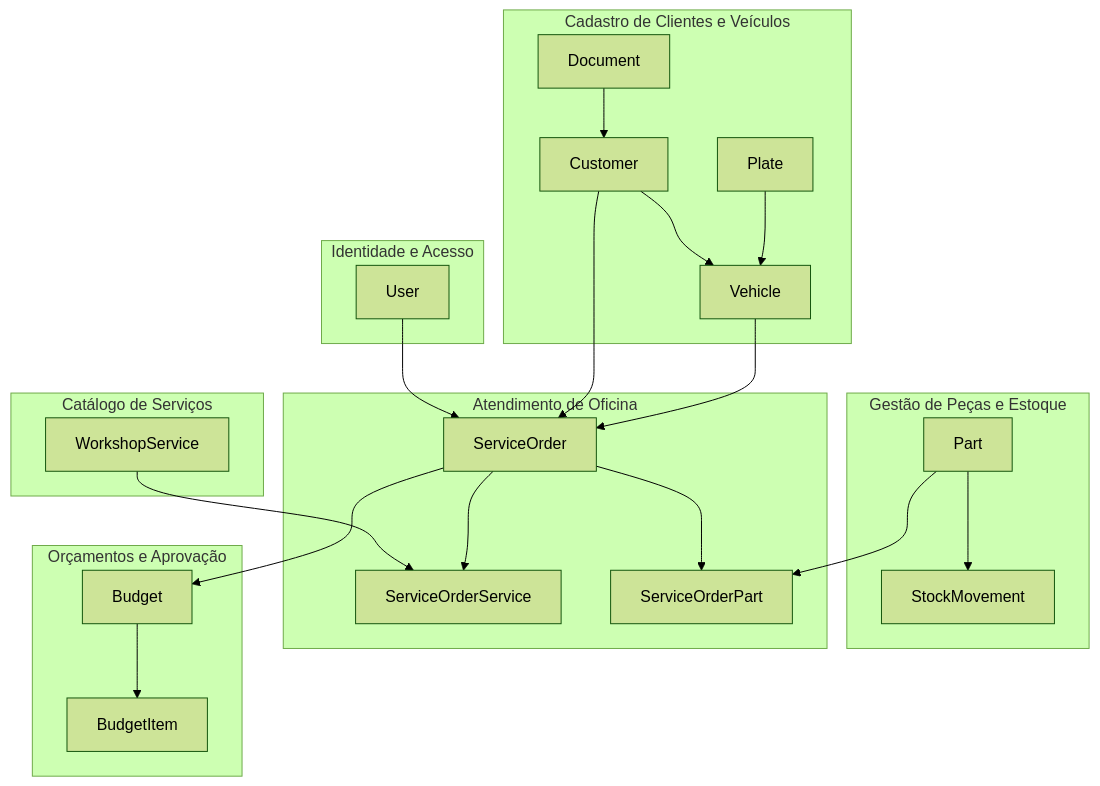
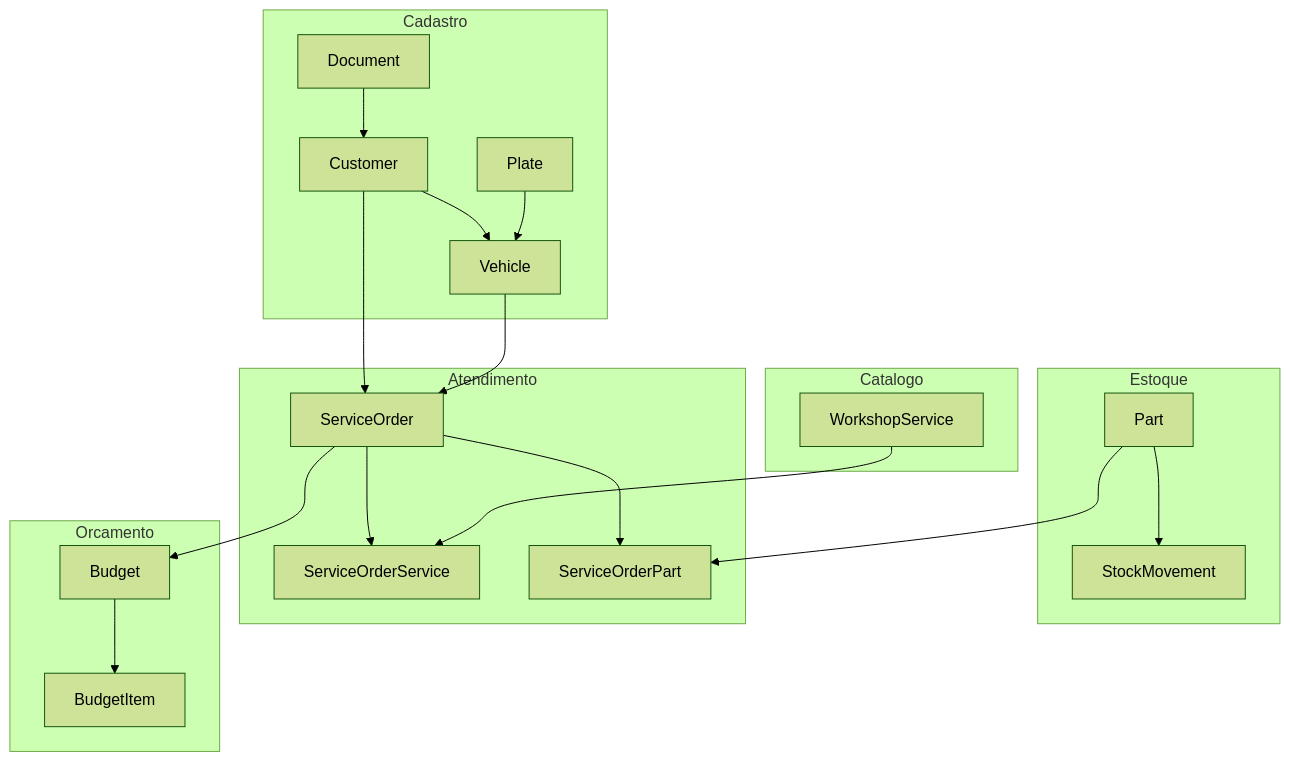
Before and after one commit to yxsbx/SOAT-FIAP: the second of 4 diagrams in docs/DDD_DOCUMENTATION.md, drawn with Mermaid (forest theme). The commit also changed other lines of this file and 34 other files, not shown here.

````diff
--- a/docs/DDD_DOCUMENTATION.md
+++ b/docs/DDD_DOCUMENTATION.md
@@ -475,47 +363,42 @@
 ```mermaid
 flowchart TB
-    subgraph ID["Identidade e Acesso"]
-        User["User"]
-    end
-
-    subgraph CAD["Cadastro de Clientes e Veículos"]
+    subgraph CAD["Cadastro"]
         Customer["Customer"]
         Vehicle["Vehicle"]
         Document["Document"]
         Plate["Plate"]
     end
 
-    subgraph CAT["Catálogo de Serviços"]
+    subgraph CAT["Catalogo"]
         WorkshopService["WorkshopService"]
     end
 
-    subgraph EST["Gestão de Peças e Estoque"]
+    subgraph EST["Estoque"]
         Part["Part"]
         StockMovement["StockMovement"]
     end
 
-    subgraph ATD["Atendimento de Oficina"]
+    subgraph ATD["Atendimento"]
         ServiceOrder["ServiceOrder"]
-        ServiceOrderService["ServiceOrderService"]
-        ServiceOrderPart["ServiceOrderPart"]
+        SOService["ServiceOrderService"]
+        SOPart["ServiceOrderPart"]
     end
 
-    subgraph ORC["Orçamentos e Aprovação"]
+    subgraph ORC["Orcamento"]
         Budget["Budget"]
         BudgetItem["BudgetItem"]
     end
 
-    User --> ServiceOrder
+    Document --> Customer
     Customer --> Vehicle
+    Plate --> Vehicle
     Customer --> ServiceOrder
     Vehicle --> ServiceOrder
-    WorkshopService --> ServiceOrderService
-    Part --> ServiceOrderPart
-    ServiceOrder --> ServiceOrderService
-    ServiceOrder --> ServiceOrderPart
+    ServiceOrder --> SOService
+    ServiceOrder --> SOPart
+    WorkshopService --> SOService
+    Part --> SOPart
     ServiceOrder --> Budget
     Budget --> BudgetItem
     Part --> StockMovement
-    Document --> Customer
-    Plate --> Vehicle
 ```
````
